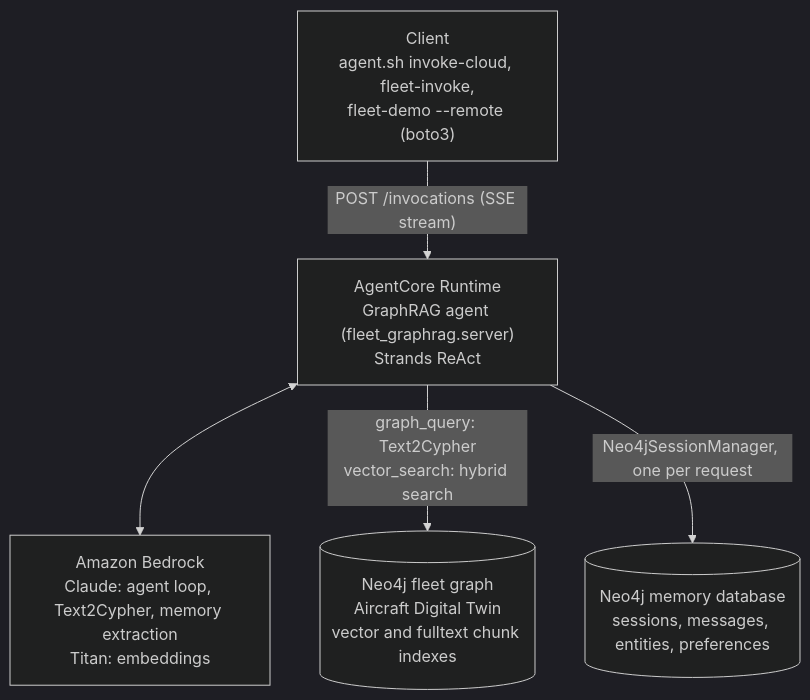
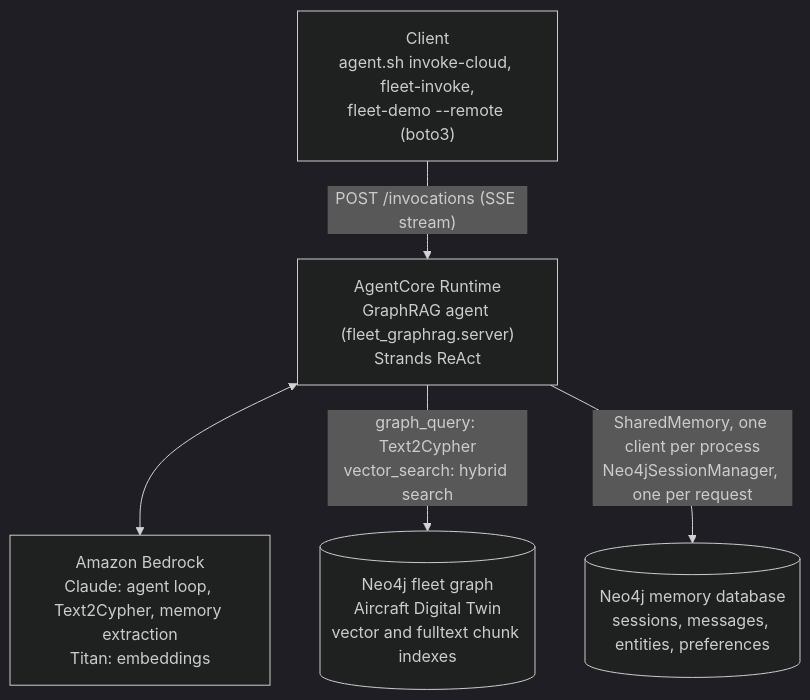
The diagram in demos/aircraft-fleet/graphrag-agent/README.md (neo4j-partners/aws-starter), drawn with Mermaid (dark theme) before and after one commit. The commit also changed other lines of this file and 6 other files, not shown here.

First line of the commit message:
graphrag-agent: share one memory client per process (fleet.4)

````diff
--- a/demos/aircraft-fleet/graphrag-agent/README.md
+++ b/demos/aircraft-fleet/graphrag-agent/README.md
@@ -35,13 +35,13 @@
 ```mermaid
 flowchart TD
     client["Client<br/>agent.sh invoke-cloud, fleet-invoke,<br/>fleet-demo --remote (boto3)"]
     agent["AgentCore Runtime<br/>GraphRAG agent (fleet_graphrag.server)<br/>Strands ReAct"]
     bedrock["Amazon Bedrock<br/>Claude: agent loop, Text2Cypher, memory extraction<br/>Titan: embeddings"]
     fleet[("Neo4j fleet graph<br/>Aircraft Digital Twin<br/>vector and fulltext chunk indexes")]
     memory[("Neo4j memory database<br/>sessions, messages, entities, preferences")]
 
     client -- "POST /invocations (SSE stream)" --> agent
     agent <--> bedrock
     agent -- "graph_query: Text2Cypher<br/>vector_search: hybrid search" --> fleet
-    agent -- "Neo4jSessionManager, one per request" --> memory
+    agent -- "SharedMemory, one client per process<br/>Neo4jSessionManager, one per request" --> memory
 ```
````
